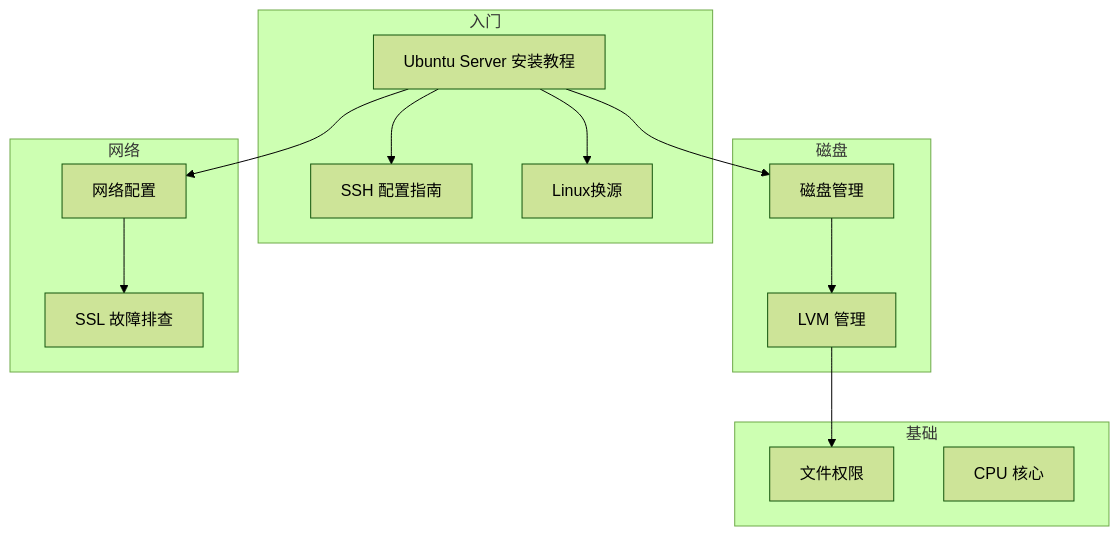
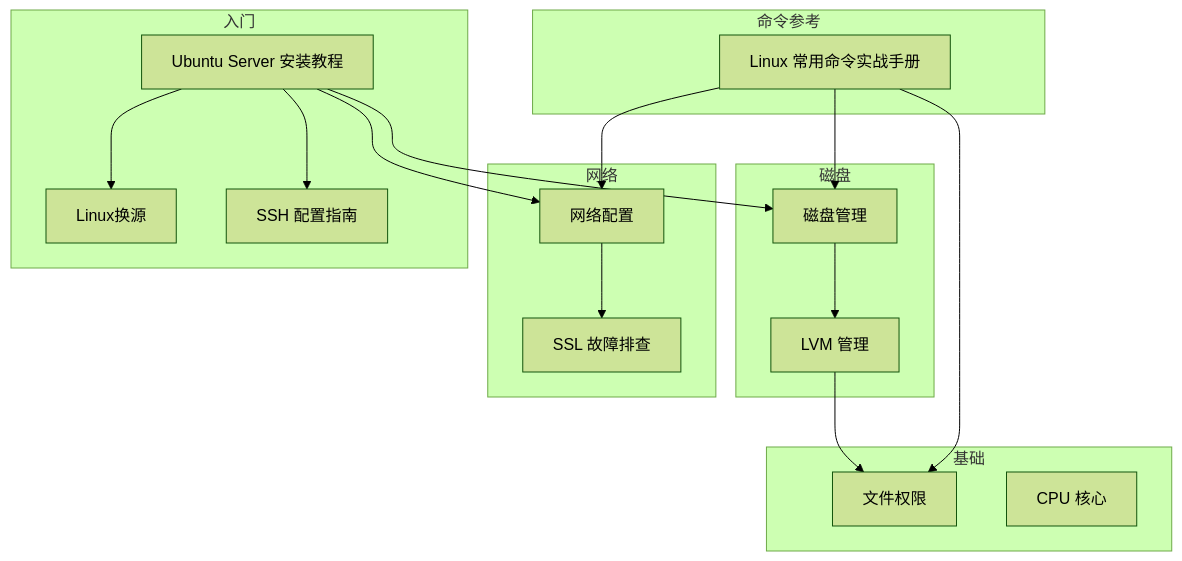
Before and after one commit to Treasoni/Study-Notes: the fourth of 4 diagrams in linux/linux MOC.md, drawn with Mermaid (forest theme). The commit also changed other lines of this file and 5 other files, not shown here.

````diff
--- a/linux/linux MOC.md
+++ b/linux/linux MOC.md
@@ -150,31 +166,38 @@
 ```mermaid
 graph TB
     subgraph 入门
         A[Ubuntu Server 安装教程]
         B[SSH 配置指南]
         C[Linux换源]
+    end
+    
+    subgraph 命令参考
+        J[Linux 常用命令实战手册]
     end
 
     subgraph 磁盘
         D[磁盘管理]
         E[LVM 管理]
     end
 
     subgraph 网络
         F[网络配置]
         G[SSL 故障排查]
     end
 
     subgraph 基础
         H[文件权限]
         I[CPU 核心]
     end
 
     A --> D
     A --> F
     A --> B
     A --> C
     D --> E
     F --> G
     E --> H
+    J --> H
+    J --> D
+    J --> F
 ```
````
